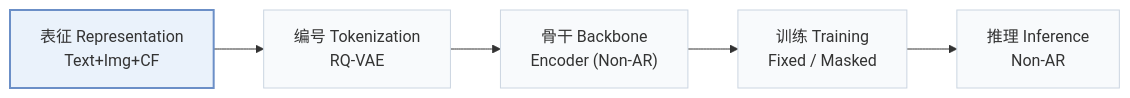
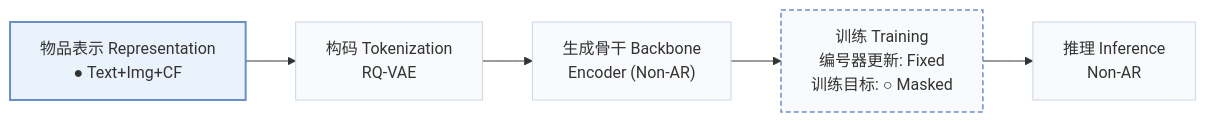
One commit to Galaxy-ghost/Awesome-SID-Generative-Rec changed the first of 2 diagrams in pages/zh/papers/q-bert4rec.md. Above: the diagram before and after it, drawn with Mermaid. The commit also changed other lines of this file and 558 other files, not shown here.

````diff
--- a/pages/zh/papers/q-bert4rec.md
+++ b/pages/zh/papers/q-bert4rec.md
@@ -15,8 +19,10 @@
 ```mermaid
 flowchart LR
-    R["表征 Representation<br/>Text+Img+CF"] --> T["编号 Tokenization<br/>RQ-VAE"] --> B["骨干 Backbone<br/>Encoder (Non-AR)"] --> TR["训练 Training<br/>Fixed / Masked"] --> I["推理 Inference<br/>Non-AR"]
+    R["物品表示 Representation<br/>● Text+Img+CF"] --> T["构码 Tokenization<br/>RQ-VAE"] --> B["生成骨干 Backbone<br/>Encoder (Non-AR)"] --> TR["训练 Training<br/>编号器更新: Fixed<br/>训练目标: ○ Masked"] --> I["推理 Inference<br/>Non-AR"]
     classDef base fill:#f8fafc,stroke:#cbd5e1
     class R,T,B,TR,I base
+    classDef other fill:#f8fafc,stroke:#6b8fc7,stroke-width:1.5px,stroke-dasharray:5 3
+    class TR other
     classDef main fill:#eaf2fb,stroke:#6b8fc7,stroke-width:2px
     class R main
 ```
````
